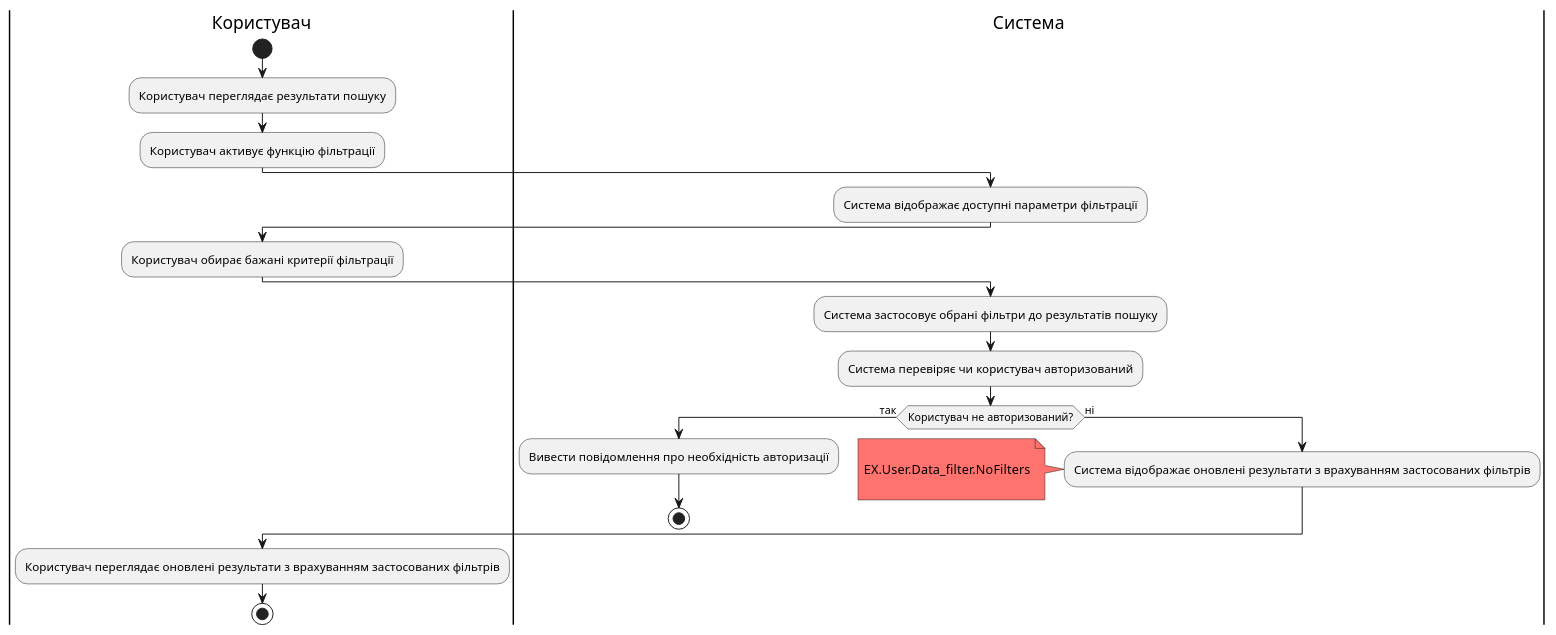
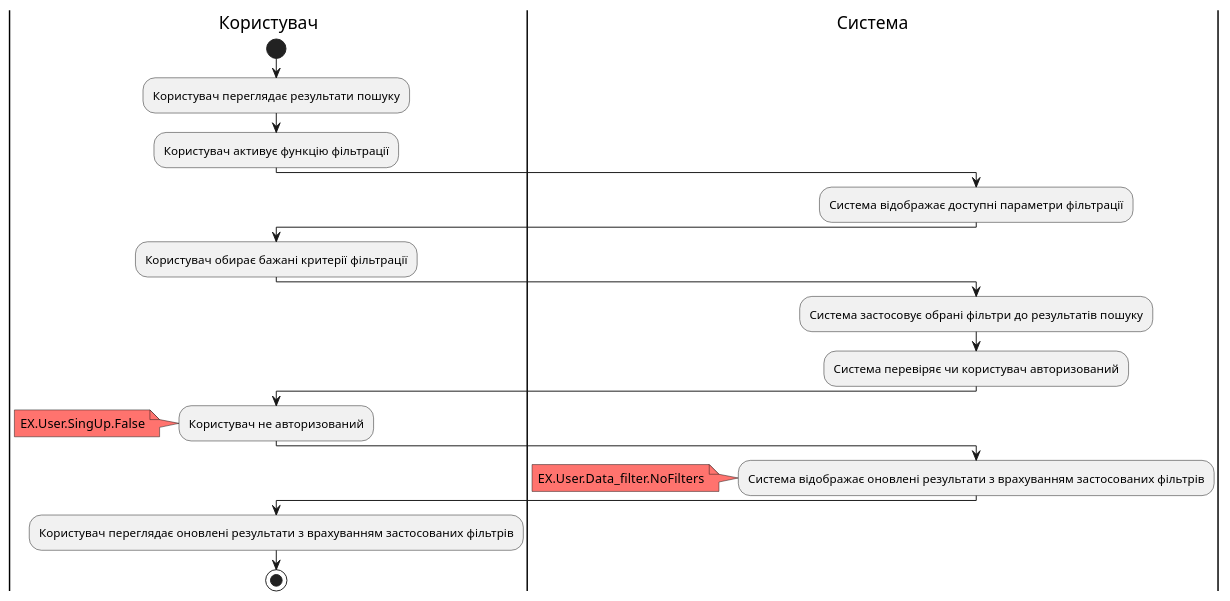
The seventh of 10 diagrams in docs/use cases/README.md (nonGratis/retarder-io-23-3), drawn with PlantUML before and after one commit. The commit also changed other lines of this file, not shown here.

````diff
--- a/docs/use cases/README.md
+++ b/docs/use cases/README.md
@@ -248,29 +248,29 @@
 ```plantuml
 @startuml
 |Користувач|
     start
     :Користувач переглядає результати пошуку;
     :Користувач активує функцію фільтрації;
 |Система|
     :Система відображає доступні параметри фільтрації;
 |Користувач|
     :Користувач обирає бажані критерії фільтрації;
 |Система|
     :Система застосовує обрані фільтри до результатів пошуку;
     :Система перевіряє чи користувач авторизований;
-    if (Користувач не авторизований?) then (так)
-        :Вивести повідомлення про необхідність авторизації;
-        stop
-    else (ні)
-        :Система відображає оновлені результати з врахуванням застосованих фільтрів;
-        note left #FF736E
-
-        EX.User.Data_filter.NoFilters
-        
-        end note
-    endif
+|Користувач|
+    :Користувач не авторизований;
+    note left #FF736E
+    EX.User.SingUp.False
+    end note
+|Система|
+    :Система відображає оновлені результати з врахуванням застосованих фільтрів;
+    note left #FF736E
+    EX.User.Data_filter.NoFilters
+    end note
+    
 |Користувач|
     :Користувач переглядає оновлені результати з врахуванням застосованих фільтрів;
     stop;
 @enduml
 ```
````
